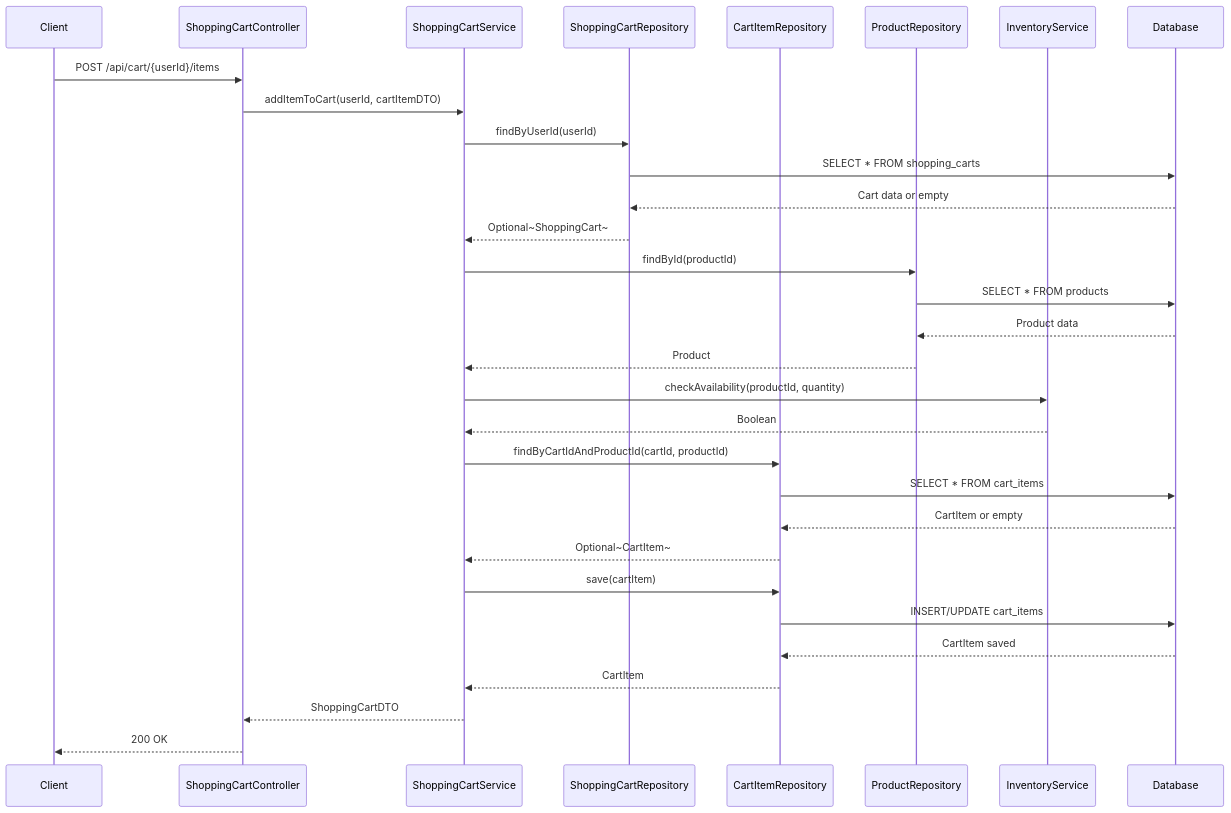
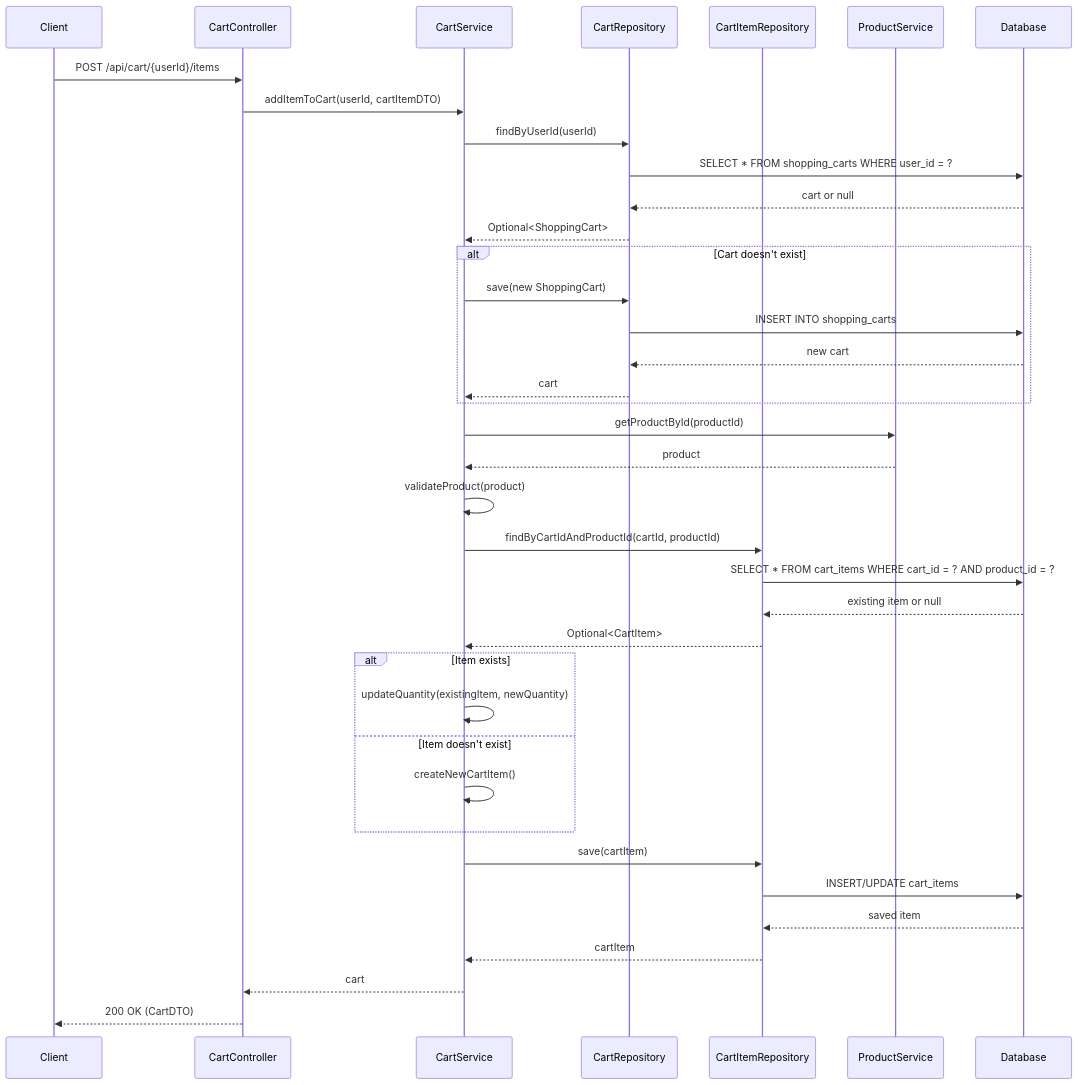
Before and after one commit to NavneetBN47/aava-ecom-demo: diagram 11 of 13 in docs/LLD/modified_lld.md, drawn with Mermaid. The commit also changed other lines of this file, not shown here.

````diff
--- a/docs/LLD/modified_lld.md
+++ b/docs/LLD/modified_lld.md
@@ -490,34 +536,45 @@
 ```mermaid
 sequenceDiagram
     participant Client
-    participant ShoppingCartController
-    participant ShoppingCartService
-    participant ShoppingCartRepository
+    participant CartController
+    participant CartService
+    participant CartRepository
     participant CartItemRepository
-    participant ProductRepository
-    participant InventoryService
+    participant ProductService
     participant Database
 
-    Client->>ShoppingCartController: POST /api/cart/{userId}/items
-    ShoppingCartController->>ShoppingCartService: addItemToCart(userId, cartItemDTO)
-    ShoppingCartService->>ShoppingCartRepository: findByUserId(userId)
-    ShoppingCartRepository->>Database: SELECT * FROM shopping_carts
-    Database-->>ShoppingCartRepository: Cart data or empty
-    ShoppingCartRepository-->>ShoppingCartService: Optional~ShoppingCart~
-    ShoppingCartService->>ProductRepository: findById(productId)
-    ProductRepository->>Database: SELECT * FROM products
-    Database-->>ProductRepository: Product data
-    ProductRepository-->>ShoppingCartService: Product
-    ShoppingCartService->>InventoryService: checkAvailability(productId, quantity)
-    InventoryService-->>ShoppingCartService: Boolean
-    ShoppingCartService->>CartItemRepository: findByCartIdAndProductId(cartId, productId)
-    CartItemRepository->>Database: SELECT * FROM cart_items
-    Database-->>CartItemRepository: CartItem or empty
-    CartItemRepository-->>ShoppingCartService: Optional~CartItem~
-    ShoppingCartService->>CartItemRepository: save(cartItem)
+    Client->>CartController: POST /api/cart/{userId}/items
+    CartController->>CartService: addItemToCart(userId, cartItemDTO)
+    CartService->>CartRepository: findByUserId(userId)
+    CartRepository->>Database: SELECT * FROM shopping_carts WHERE user_id = ?
+    Database-->>CartRepository: cart or null
+    CartRepository-->>CartService: Optional<ShoppingCart>
+    
+    alt Cart doesn't exist
+        CartService->>CartRepository: save(new ShoppingCart)
+        CartRepository->>Database: INSERT INTO shopping_carts
+        Database-->>CartRepository: new cart
+        CartRepository-->>CartService: cart
+    end
+    
+    CartService->>ProductService: getProductById(productId)
+    ProductService-->>CartService: product
+    CartService->>CartService: validateProduct(product)
+    CartService->>CartItemRepository: findByCartIdAndProductId(cartId, productId)
+    CartItemRepository->>Database: SELECT * FROM cart_items WHERE cart_id = ? AND product_id = ?
+    Database-->>CartItemRepository: existing item or null
+    CartItemRepository-->>CartService: Optional<CartItem>
+    
+    alt Item exists
+        CartService->>CartService: updateQuantity(existingItem, newQuantity)
+    else Item doesn't exist
+        CartService->>CartService: createNewCartItem()
+    end
+    
+    CartService->>CartItemRepository: save(cartItem)
     CartItemRepository->>Database: INSERT/UPDATE cart_items
-    Database-->>CartItemRepository: CartItem saved
-    CartItemRepository-->>ShoppingCartService: CartItem
-    ShoppingCartService-->>ShoppingCartController: ShoppingCartDTO
-    ShoppingCartController-->>Client: 200 OK
+    Database-->>CartItemRepository: saved item
+    CartItemRepository-->>CartService: cartItem
+    CartService-->>CartController: cart
+    CartController-->>Client: 200 OK (CartDTO)
 ```
````
